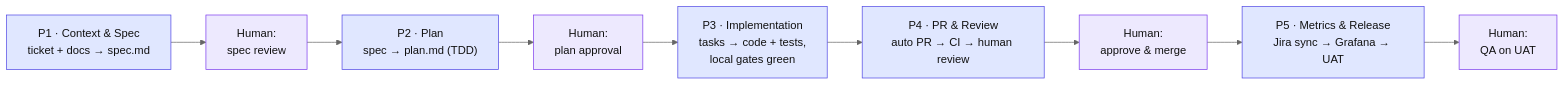
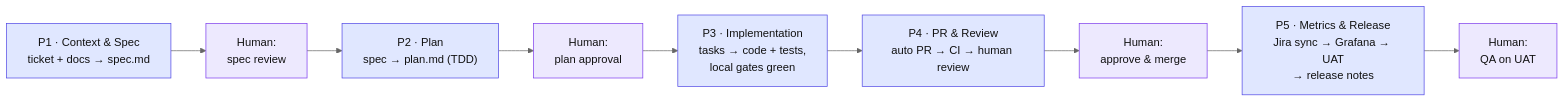
One commit to Seta-International/ai-sdlc-metrics changed the first of 6 diagrams in docs/aidc-workflow-future.md. Above: the diagram before and after it, drawn with Mermaid (neutral theme). The commit also changed other lines of this file, not shown here.

Commit message:
docs: verify AIDC doc against agent-platform reality, add reviewer AI pass and Rovo release notes

````diff
--- a/docs/aidc-workflow-future.md
+++ b/docs/aidc-workflow-future.md
@@ -38,20 +38,20 @@
 ```mermaid
 flowchart LR
     classDef phase fill:#E0E7FF,stroke:#4F46E5,color:#111;
     classDef gate fill:#EDE9FE,stroke:#7C3AED,color:#111;
 
     P1["P1 · Context & Spec<br/>ticket + docs → spec.md"]
     G1["Human:<br/>spec review"]
     P2["P2 · Plan<br/>spec → plan.md (TDD)"]
     G2["Human:<br/>plan approval"]
     P3["P3 · Implementation<br/>tasks → code + tests,<br/>local gates green"]
     P4["P4 · PR & Review<br/>auto PR → CI → human review"]
     G3["Human:<br/>approve & merge"]
-    P5["P5 · Metrics & Release<br/>Jira sync → Grafana → UAT"]
+    P5["P5 · Metrics & Release<br/>Jira sync → Grafana → UAT<br/>→ release notes"]
     G4["Human:<br/>QA on UAT"]
 
     P1 --> G1 --> P2 --> G2 --> P3 --> P4 --> G3 --> P5 --> G4
 
     class P1,P2,P3,P4,P5 phase;
     class G1,G2,G3,G4 gate;
 ```
````
